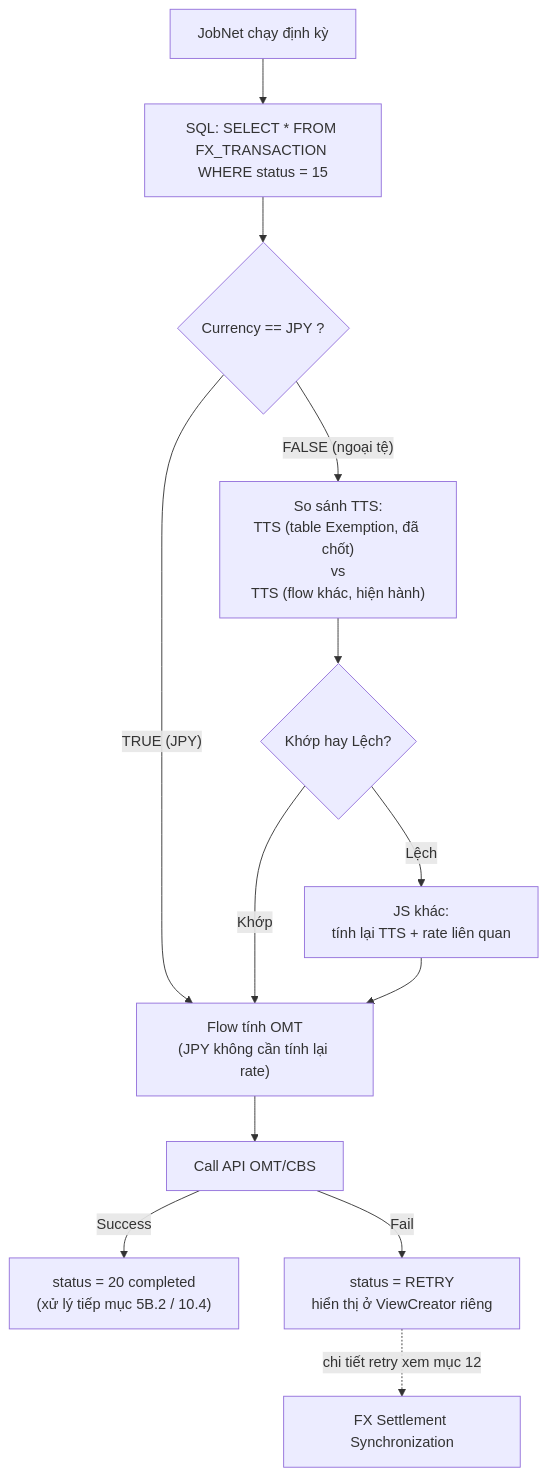
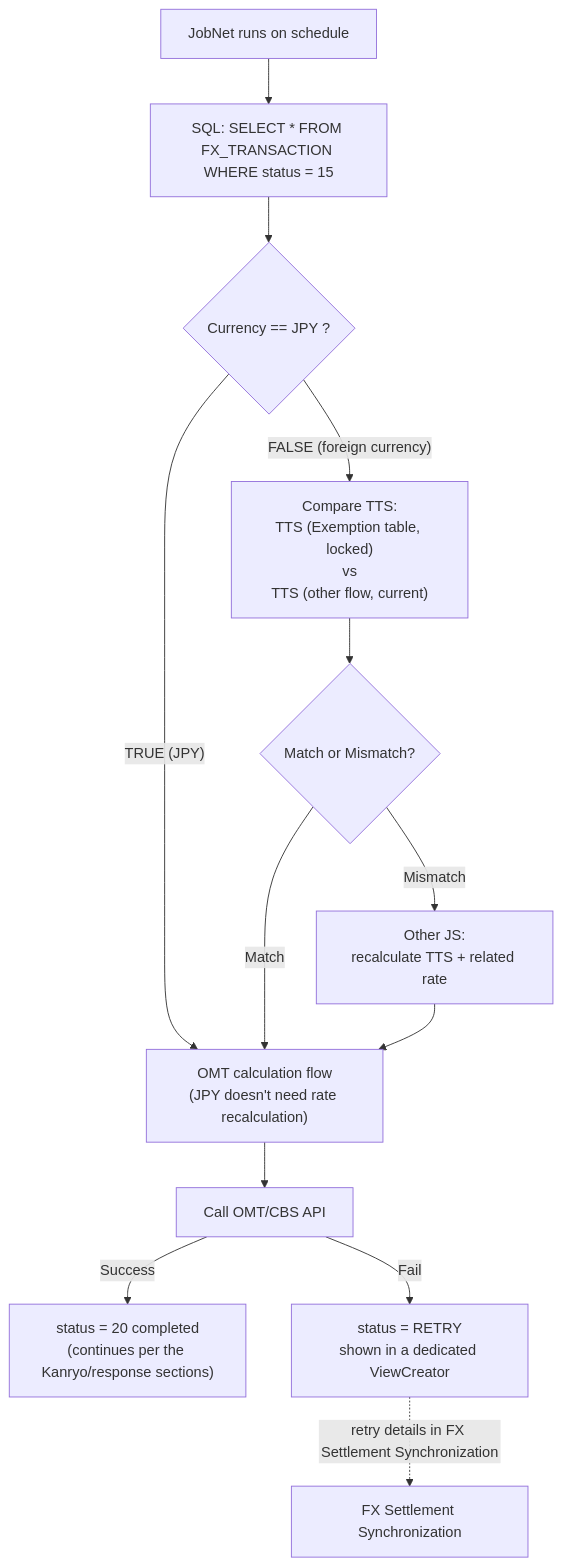
The first of 2 diagrams in docs/de/03-tenpo-approval.md (vkhoa1610/FX-Settlement-Platform), drawn with Mermaid before and after one commit. The commit also changed other lines of this file and 19 other files, not shown here.

````diff
--- a/docs/de/03-tenpo-approval.md
+++ b/docs/de/03-tenpo-approval.md
@@ -193,15 +193,15 @@
 ```mermaid
 flowchart TD
-    A[JobNet chạy định kỳ] --> B["SQL: SELECT * FROM FX_TRANSACTION WHERE status = 15"]
+    A[JobNet runs on schedule] --> B["SQL: SELECT * FROM FX_TRANSACTION WHERE status = 15"]
     B --> C{"Currency == JPY ?"}
-    C -->|"TRUE (JPY)"| F["Flow tính OMT<br/>(JPY không cần tính lại rate)"]
-    C -->|"FALSE (ngoại tệ)"| D["So sánh TTS:<br/>TTS (table Exemption, đã chốt)<br/>vs<br/>TTS (flow khác, hiện hành)"]
-    D --> E{"Khớp hay Lệch?"}
-    E -->|Khớp| F
-    E -->|Lệch| G["JS khác:<br/>tính lại TTS + rate liên quan"]
+    C -->|"TRUE (JPY)"| F["OMT calculation flow<br/>(JPY doesn't need rate recalculation)"]
+    C -->|"FALSE (foreign currency)"| D["Compare TTS:<br/>TTS (Exemption table, locked)<br/>vs<br/>TTS (other flow, current)"]
+    D --> E{"Match or Mismatch?"}
+    E -->|Match| F
+    E -->|Mismatch| G["Other JS:<br/>recalculate TTS + related rate"]
     G --> F
-    F --> H["Call API OMT/CBS"]
-    H -->|Success| I["status = 20 completed<br/>(xử lý tiếp mục 5B.2 / 10.4)"]
-    H -->|Fail| J["status = RETRY<br/>hiển thị ở ViewCreator riêng"]
-    J -.->|"chi tiết retry xem mục 12"| K["FX Settlement Synchronization"]
+    F --> H["Call OMT/CBS API"]
+    H -->|Success| I["status = 20 completed<br/>(continues per the Kanryo/response sections)"]
+    H -->|Fail| J["status = RETRY<br/>shown in a dedicated ViewCreator"]
+    J -.->|"retry details in FX Settlement Synchronization"| K["FX Settlement Synchronization"]
 ```
````
